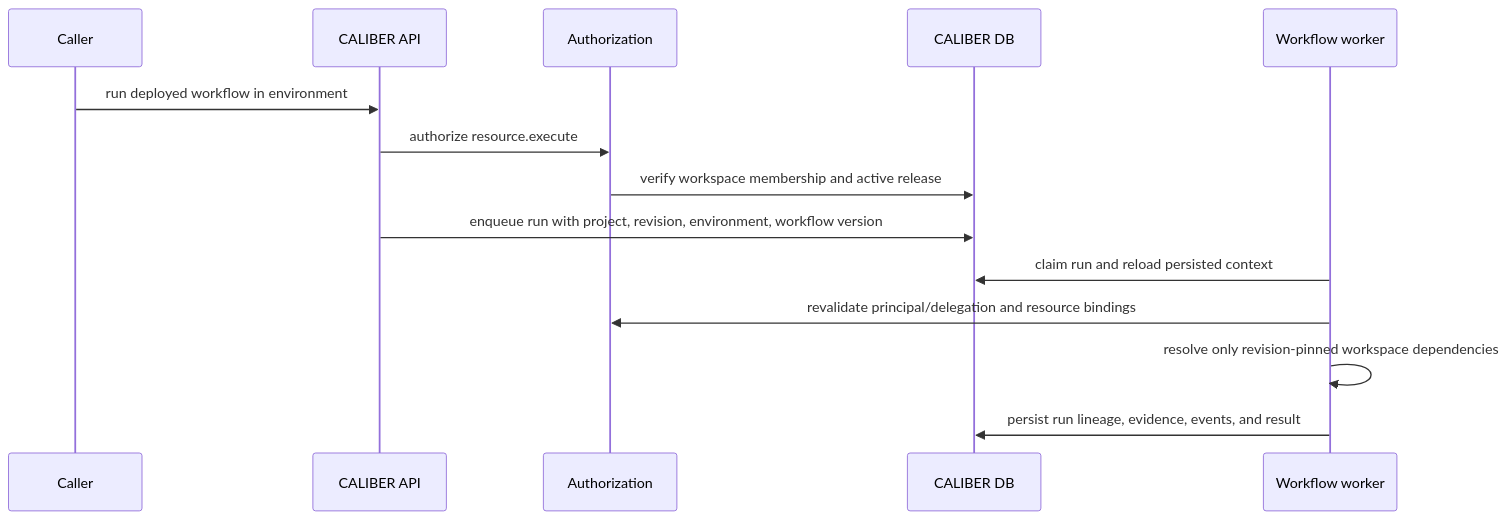
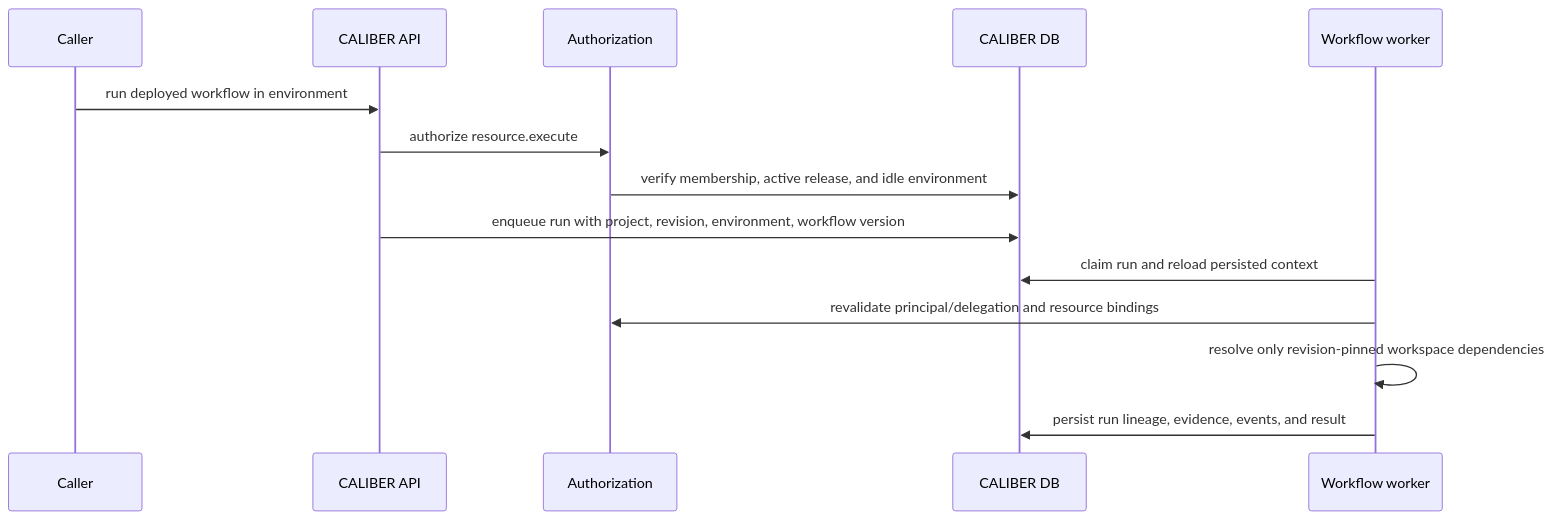
The ninth of 11 diagrams in docs/workspace-plan.md (rrahimi-uci/caliber-suite), drawn with Mermaid before and after one commit. The commit also changed other lines of this file, not shown here.

Commit message:
docs: harden workspace architecture and delivery plan (#274)

````diff
--- a/docs/workspace-plan.md
+++ b/docs/workspace-plan.md
@@ -1435,17 +1610,17 @@
 ```mermaid
 sequenceDiagram
     participant C as Caller
     participant API as CALIBER API
     participant AZ as Authorization
     participant DB as CALIBER DB
     participant W as Workflow worker
 
     C->>API: run deployed workflow in environment
     API->>AZ: authorize resource.execute
-    AZ->>DB: verify workspace membership and active release
+    AZ->>DB: verify membership, active release, and idle environment
     API->>DB: enqueue run with project, revision, environment, workflow version
     W->>DB: claim run and reload persisted context
     W->>AZ: revalidate principal/delegation and resource bindings
     W->>W: resolve only revision-pinned workspace dependencies
     W->>DB: persist run lineage, evidence, events, and result
 ```
````
